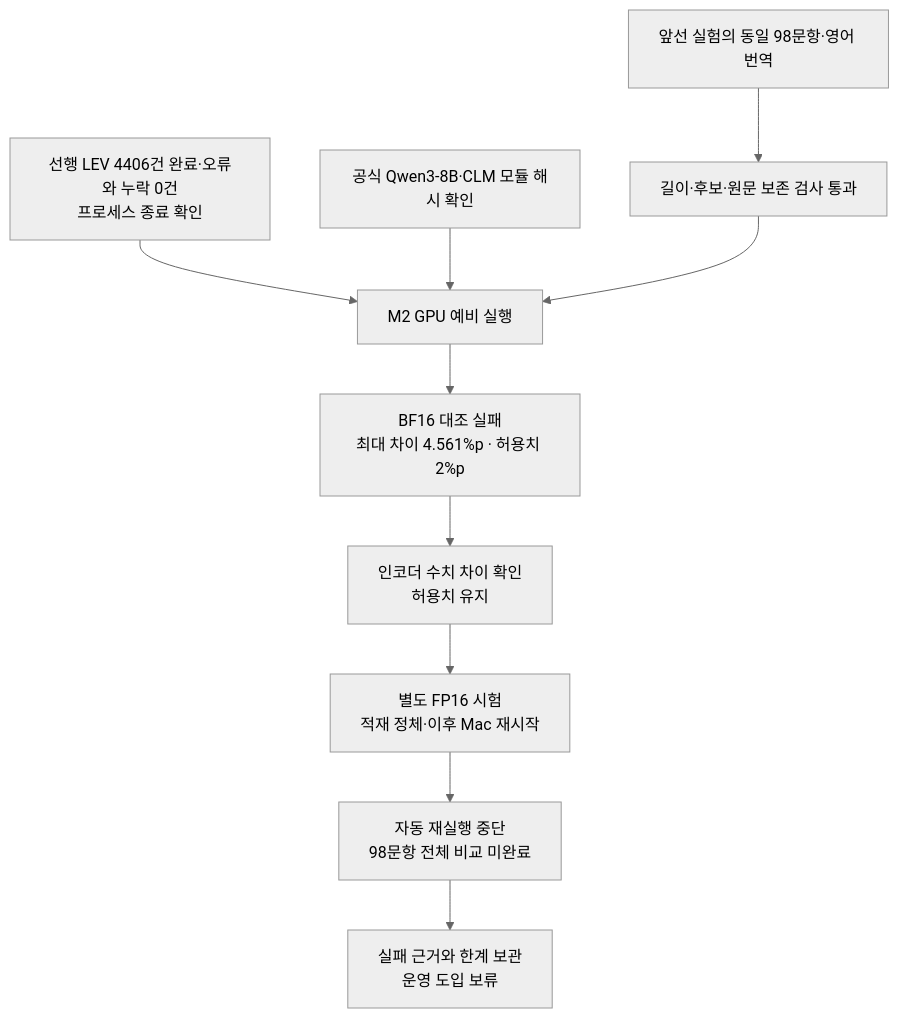
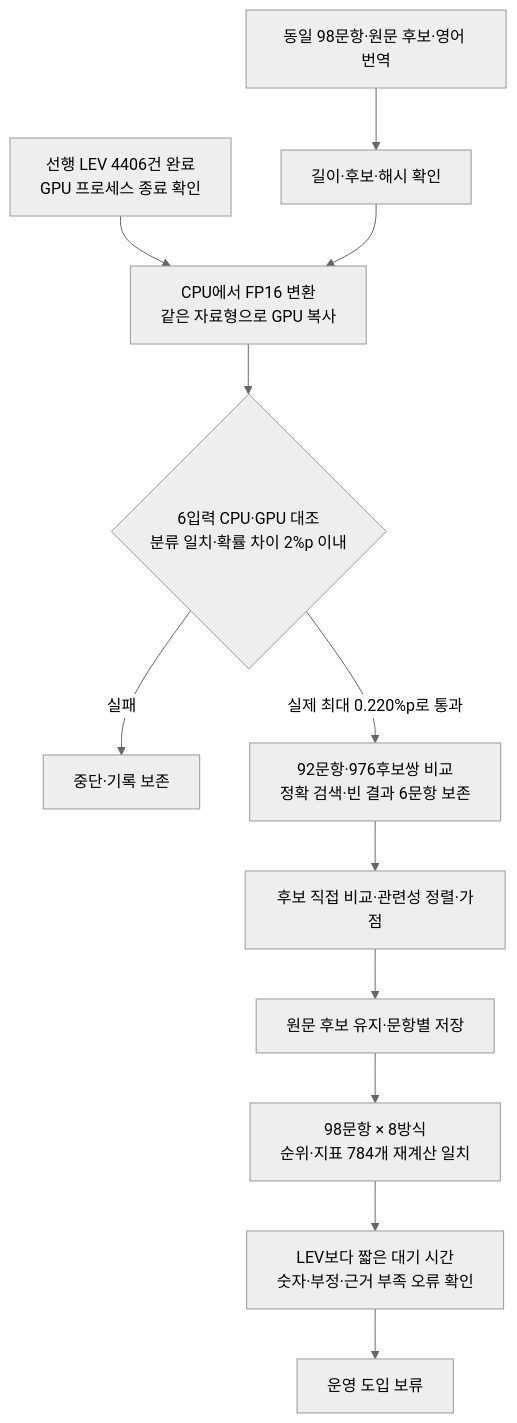
The tenth of 11 diagrams in docs/전체-프로그램-플로우.md (pmh10401/cs-excel-rag), drawn with Mermaid (neutral theme) before and after one commit. The commit also changed other lines of this file and 4 other files, not shown here.

Commit message:
fix: load CLM through CPU and report completed RAG comparison

````diff
--- a/docs/전체-프로그램-플로우.md
+++ b/docs/전체-프로그램-플로우.md
@@ -311,12 +311,14 @@
 ```mermaid
 flowchart TD
-    SNAP[앞선 실험의 동일 98문항·영어 번역] --> INPUT[길이·후보·원문 보존 검사 통과]
-    PRIOR[선행 LEV 4406건 완료·오류와 누락 0건<br/>프로세스 종료 확인] --> START[M2 GPU 예비 실행]
-    MODEL[공식 Qwen3-8B·CLM 모듈 해시 확인] --> START
-    INPUT --> START
-    START --> BF16[BF16 대조 실패<br/>최대 차이 4.561%p · 허용치 2%p]
-    BF16 --> DIAG[인코더 수치 차이 확인<br/>허용치 유지]
-    DIAG --> FP16[별도 FP16 시험<br/>적재 정체·이후 Mac 재시작]
-    FP16 --> STOP[자동 재실행 중단<br/>98문항 전체 비교 미완료]
-    STOP --> REPORT[실패 근거와 한계 보관<br/>운영 도입 보류]
+    SNAP[동일 98문항·원문 후보·영어 번역] --> INPUT[길이·후보·해시 확인]
+    PRIOR[선행 LEV 4406건 완료<br/>GPU 프로세스 종료 확인] --> LOAD[CPU에서 FP16 변환<br/>같은 자료형으로 GPU 복사]
+    INPUT --> LOAD
+    LOAD --> PROBE{6입력 CPU·GPU 대조<br/>분류 일치·확률 차이 2%p 이내}
+    PROBE -->|실패| STOP[중단·기록 보존]
+    PROBE -->|실제 최대 0.220%p로 통과| RUN[92문항·976후보쌍 비교<br/>정확 검색·빈 결과 6문항 보존]
+    RUN --> METHODS[후보 직접 비교·관련성 정렬·가점]
+    METHODS --> SAVE[원문 후보 유지·문항별 저장]
+    SAVE --> CHECK[98문항 × 8방식<br/>순위·지표 784개 재계산 일치]
+    CHECK --> REPORT[LEV보다 짧은 대기 시간<br/>숫자·부정·근거 부족 오류 확인]
+    REPORT --> HOLD[운영 도입 보류]
 ```
````
